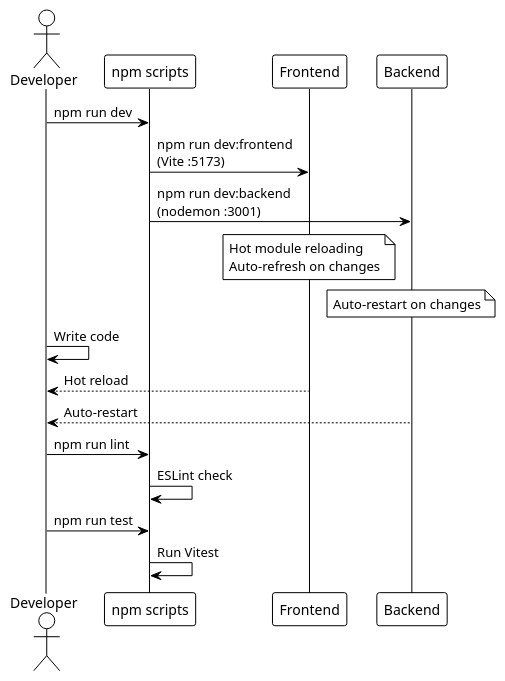
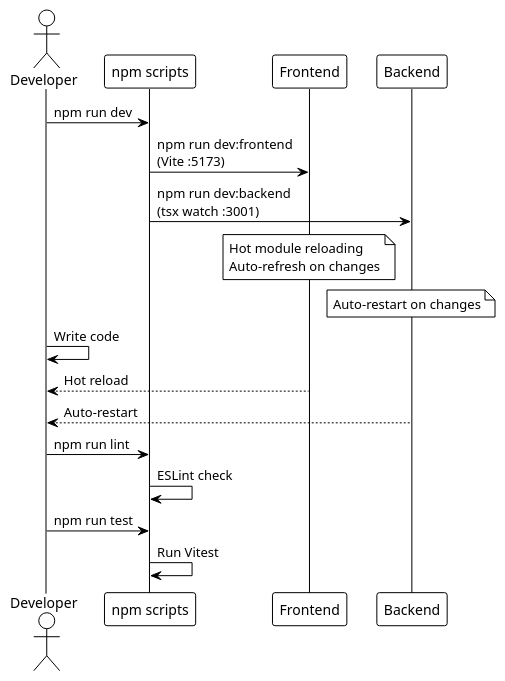
One commit to EraPartner/Watchman changed the first of 2 diagrams in docs/reference/scripts.md. Above: the diagram before and after it, drawn with PlantUML. The commit also changed other lines of this file and 32 other files, not shown here.

````diff
--- a/docs/reference/scripts.md
+++ b/docs/reference/scripts.md
@@ -140,34 +140,34 @@
 ```plantuml
 @startuml
 !theme plain
 
 actor "Developer" as Dev
 participant "npm scripts" as NPM
 participant "Frontend" as FE
 participant "Backend" as BE
 
 Dev -> NPM : npm run dev
 
 NPM -> FE : npm run dev:frontend\n(Vite :5173)
-NPM -> BE : npm run dev:backend\n(nodemon :3001)
+NPM -> BE : npm run dev:backend\n(tsx watch :3001)
 
 note over FE
   Hot module reloading
   Auto-refresh on changes
 end note
 
 note over BE
   Auto-restart on changes
 end note
 
 Dev -> Dev : Write code
 FE --> Dev : Hot reload
 BE --> Dev : Auto-restart
 
 Dev -> NPM : npm run lint
 NPM -> NPM : ESLint check
 
 Dev -> NPM : npm run test
 NPM -> NPM : Run Vitest
 @enduml
 ```
````
